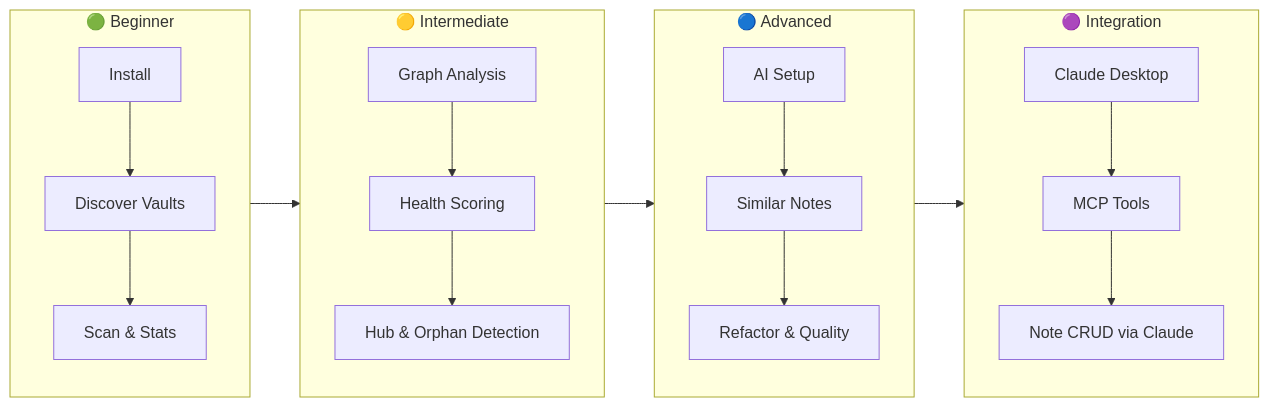
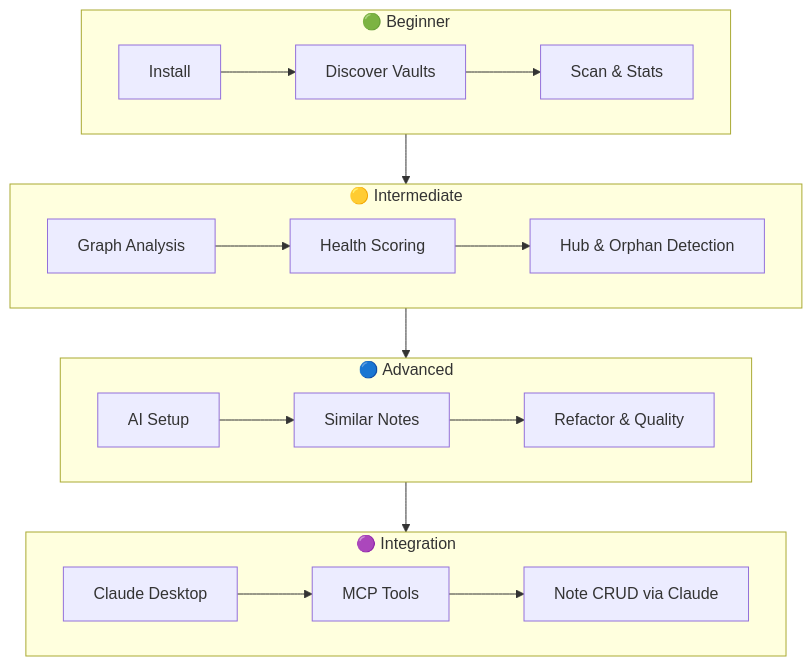
Before and after one commit to Data-Wise/obsidian-cli-ops: the diagram in docs_mkdocs/tutorials/index.md, drawn with Mermaid. The commit also changed other lines of this file and 33 other files, not shown here.

````diff
--- a/docs_mkdocs/tutorials/index.md
+++ b/docs_mkdocs/tutorials/index.md
@@ -9,24 +10,24 @@
 ```mermaid
-flowchart LR
+flowchart TD
     subgraph L1["🟢 Beginner"]
         A1[Install] --> A2[Discover Vaults]
         A2 --> A3[Scan & Stats]
     end
 
     subgraph L2["🟡 Intermediate"]
         B1[Graph Analysis] --> B2[Health Scoring]
         B2 --> B3[Hub & Orphan Detection]
     end
 
     subgraph L3["🔵 Advanced"]
         C1[AI Setup] --> C2[Similar Notes]
         C2 --> C3[Refactor & Quality]
     end
 
     subgraph L4["🟣 Integration"]
         D1[Claude Desktop] --> D2[MCP Tools]
         D2 --> D3[Note CRUD via Claude]
     end
 
     L1 --> L2 --> L3 --> L4
 ```
````
